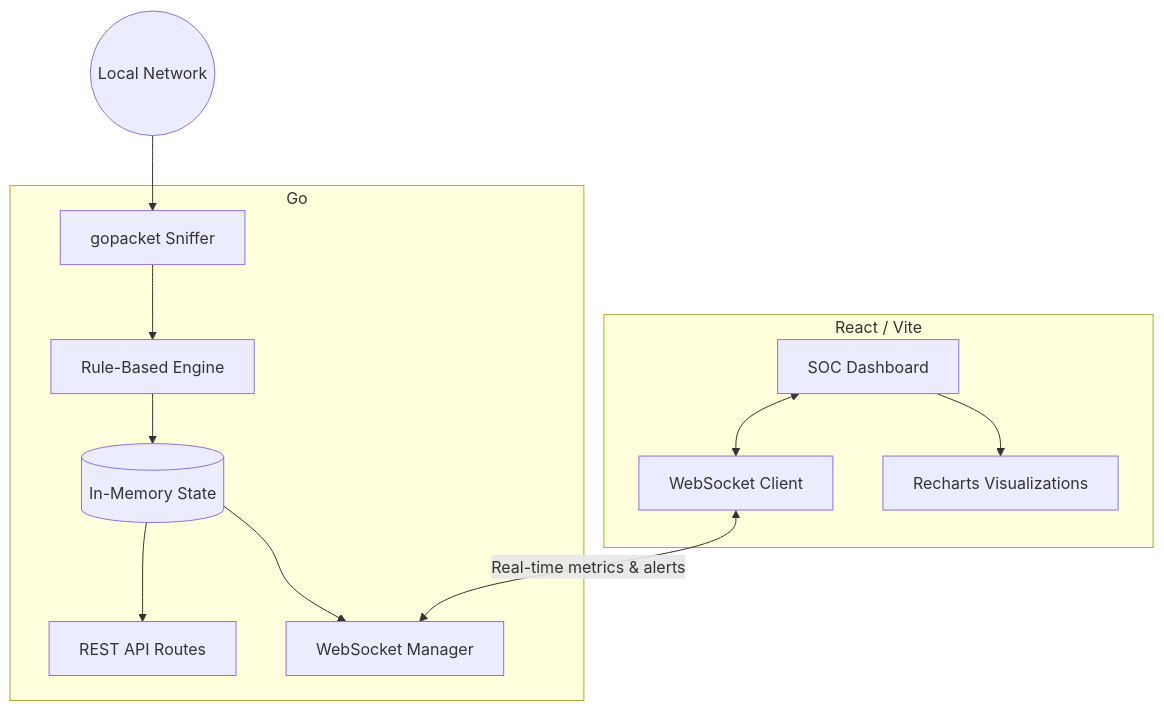
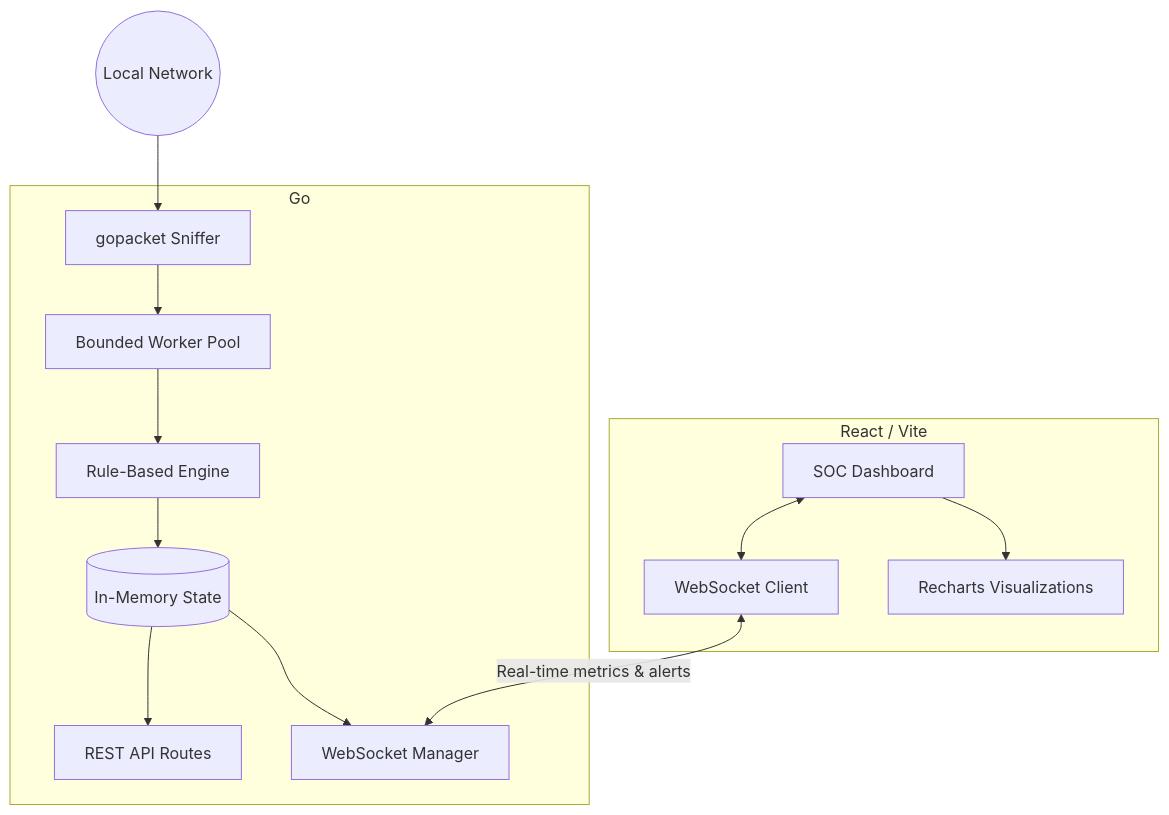
Before and after one commit to Achyuthjogi/unstable-IDPS: the diagram in README.md, drawn with Mermaid. The commit also changed other lines of this file, not shown here.

````diff
--- a/README.md
+++ b/README.md
@@ -20,27 +20,29 @@
 ```mermaid
 graph TD
     subgraph Frontend [React / Vite]
         UI[SOC Dashboard]
         WS_Client[WebSocket Client]
         Charts[Recharts Visualizations]
         
         UI --> Charts
         UI <--> WS_Client
     end
 
     subgraph Backend [Go]
         API[REST API Routes]
         WS_Server[WebSocket Manager]
         State[(In-Memory State)]
         Detection[Rule-Based Engine]
         Capture[gopacket Sniffer]
+        WorkerPool[Bounded Worker Pool]
         
-        Capture --> Detection
+        Capture --> WorkerPool
+        WorkerPool --> Detection
         Detection --> State
         State --> WS_Server
         State --> API
     end
 
     WS_Client <-->|Real-time metrics & alerts| WS_Server
     Network((Local Network)) --> Capture
 ```
````
